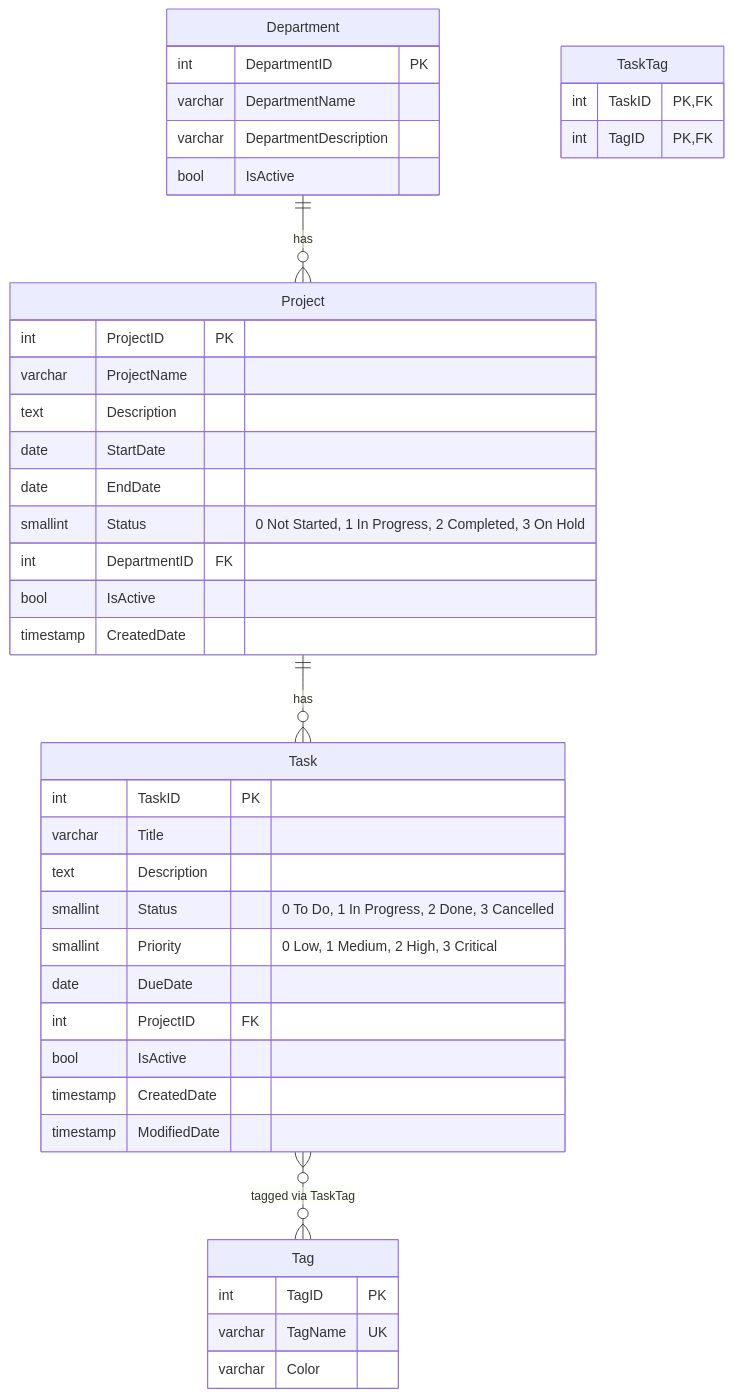
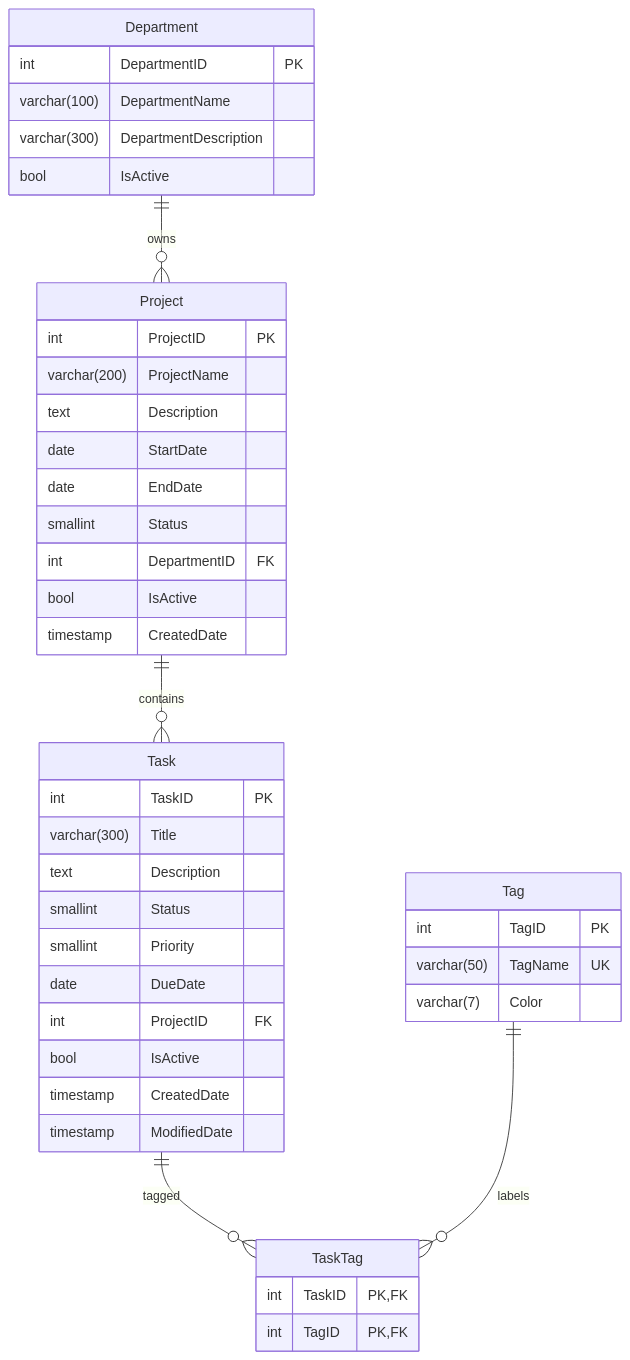
The first of 2 diagrams in backend/README.md (kaine45-cyber/Assignment_PRN232_PhanVanLoc_QE190160), drawn with Mermaid before and after one commit. The commit also changed other lines of this file, not shown here.

````diff
--- a/backend/README.md
+++ b/backend/README.md
@@ -22,45 +63,46 @@
 ```mermaid
 erDiagram
-    Department ||--o{ Project : has
-    Project ||--o{ Task : has
-    Task }o--o{ Tag : "tagged via TaskTag"
+    Department ||--o{ Project : owns
+    Project ||--o{ Task : contains
+    Task ||--o{ TaskTag : tagged
+    Tag ||--o{ TaskTag : labels
 
     Department {
         int DepartmentID PK
-        varchar DepartmentName
-        varchar DepartmentDescription
+        varchar(100) DepartmentName
+        varchar(300) DepartmentDescription
         bool IsActive
     }
     Project {
         int ProjectID PK
-        varchar ProjectName
+        varchar(200) ProjectName
         text Description
         date StartDate
         date EndDate
-        smallint Status "0 Not Started, 1 In Progress, 2 Completed, 3 On Hold"
+        smallint Status
         int DepartmentID FK
         bool IsActive
         timestamp CreatedDate
     }
     Task {
         int TaskID PK
-        varchar Title
+        varchar(300) Title
         text Description
-        smallint Status "0 To Do, 1 In Progress, 2 Done, 3 Cancelled"
-        smallint Priority "0 Low, 1 Medium, 2 High, 3 Critical"
+        smallint Status
+        smallint Priority
         date DueDate
         int ProjectID FK
         bool IsActive
         timestamp CreatedDate
         timestamp ModifiedDate
     }
     Tag {
         int TagID PK
-        varchar TagName UK
-        varchar Color
+        varchar(50) TagName UK
+        varchar(7) Color
     }
     TaskTag {
-        int TaskID PK, FK
-        int TagID PK, FK
+        int TaskID PK,FK
+        int TagID PK,FK
     }
 ```
````
